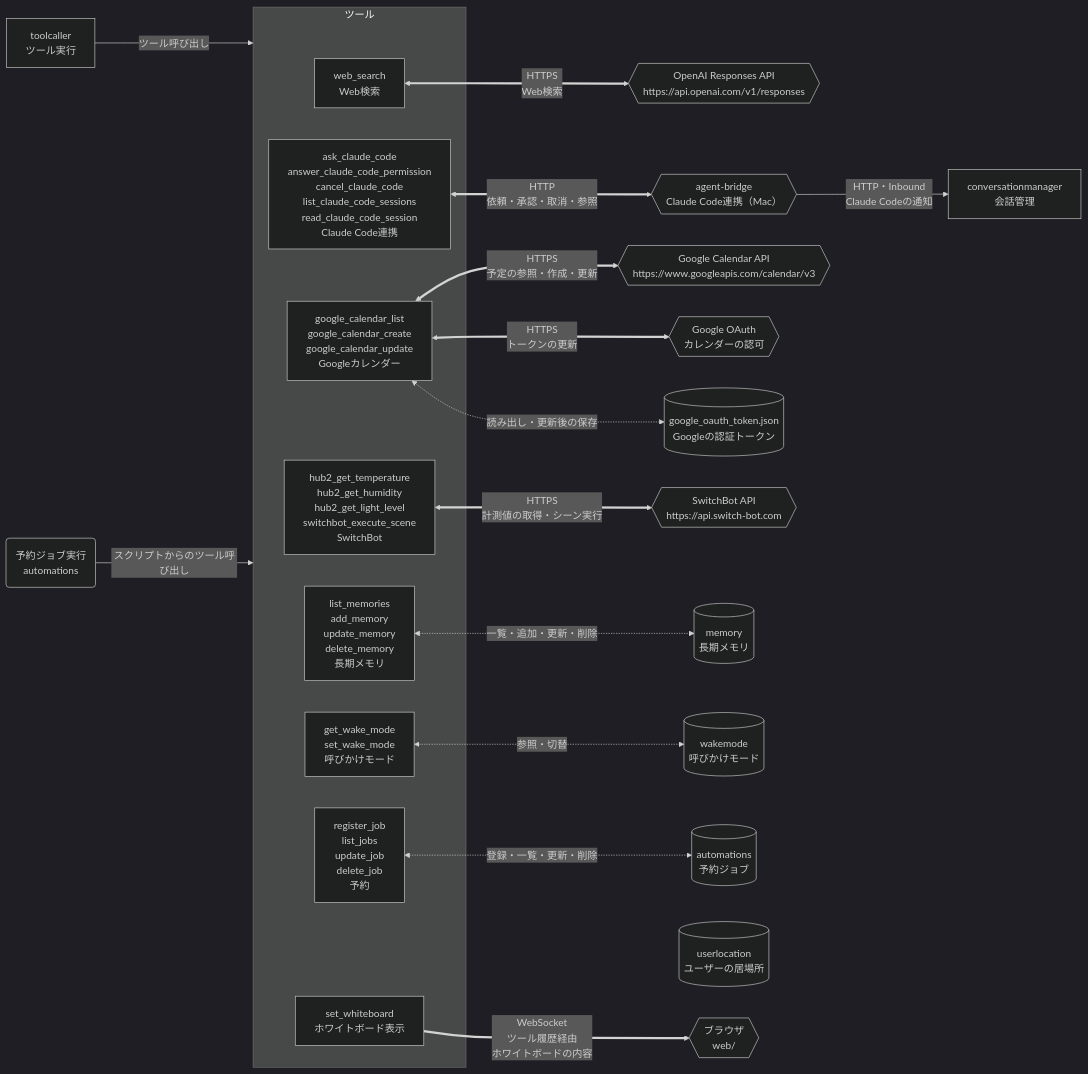
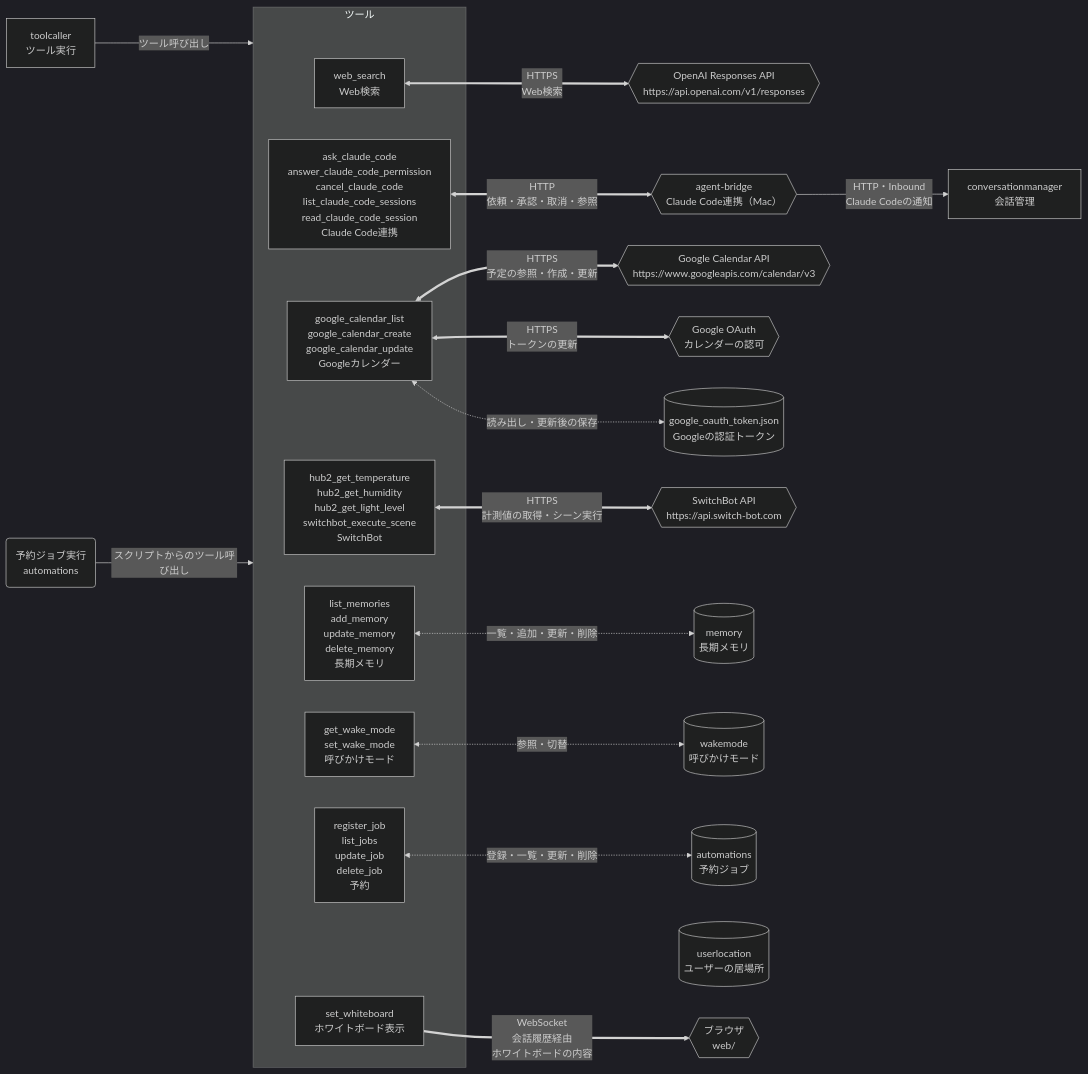
One commit to tetetratra/smart-speaker changed the third of 3 diagrams in README.md. Above: the diagram before and after it, drawn with Mermaid (dark theme). The commit also changed other lines of this file and 31 other files, not shown here.

````diff
--- a/README.md
+++ b/README.md
@@ -160,47 +156,47 @@
 ```mermaid
 flowchart LR
     tool["toolcaller<br/>ツール実行"]
     scheduler("予約ジョブ実行<br/>automations")
     manager["conversationmanager<br/>会話管理"]
 
     subgraph toolset["ツール"]
         webSearchTool["web_search<br/>Web検索"]
         claudeCodeTool["ask_claude_code<br/>answer_claude_code_permission<br/>cancel_claude_code<br/>list_claude_code_sessions<br/>read_claude_code_session<br/>Claude Code連携"]
         calendarTool["google_calendar_list<br/>google_calendar_create<br/>google_calendar_update<br/>Googleカレンダー"]
         switchBotTool["hub2_get_temperature<br/>hub2_get_humidity<br/>hub2_get_light_level<br/>switchbot_execute_scene<br/>SwitchBot"]
         memoryTool["list_memories<br/>add_memory<br/>update_memory<br/>delete_memory<br/>長期メモリ"]
         wakeModeTool["get_wake_mode<br/>set_wake_mode<br/>呼びかけモード"]
         automationTool["register_job<br/>list_jobs<br/>update_job<br/>delete_job<br/>予約"]
         whiteboardTool["set_whiteboard<br/>ホワイトボード表示"]
     end
 
 
     openaiResponses{{"OpenAI Responses API<br/>https://api.openai.com/v1/responses"}}
     agentBridge{{"agent-bridge<br/>Claude Code連携（Mac）"}}
     googleCalendar{{"Google Calendar API<br/>https://www.googleapis.com/calendar/v3"}}
     googleOAuth{{"Google OAuth<br/>カレンダーの認可"}}
     googleTokenStore[("google_oauth_token.json<br/>Googleの認証トークン")]
     switchBot{{"SwitchBot API<br/>https://api.switch-bot.com"}}
     memoryStore[("memory<br/>長期メモリ")]
     wakeModeStore[("wakemode<br/>呼びかけモード")]
     automationStore[("automations<br/>予約ジョブ")]
     locationStore[("userlocation<br/>ユーザーの居場所")]
     browser{{"ブラウザ<br/>web/"}}
 
     tool -->|"ツール呼び出し"| toolset
     scheduler -->|"スクリプトからのツール呼び出し"| toolset
 
     webSearchTool <==>|"HTTPS<br/>Web検索"| openaiResponses
     claudeCodeTool <==>|"HTTP<br/>依頼・承認・取消・参照"| agentBridge
     agentBridge -->|"HTTP・Inbound<br/>Claude Codeの通知"| manager
     calendarTool <==>|"HTTPS<br/>予定の参照・作成・更新"| googleCalendar
     calendarTool <-.->|"読み出し・更新後の保存"| googleTokenStore
     calendarTool <==>|"HTTPS<br/>トークンの更新"| googleOAuth
     switchBotTool <==>|"HTTPS<br/>計測値の取得・シーン実行"| switchBot
     memoryTool <-.->|"一覧・追加・更新・削除"| memoryStore
     wakeModeTool <-.->|"参照・切替"| wakeModeStore
     automationTool <-.->|"登録・一覧・更新・削除"| automationStore
     %% 居場所はツールにする予定で、まだどこからも使われていない。位置だけをそろえる見えない線。
     whiteboardTool ~~~ locationStore
-    whiteboardTool ==>|"WebSocket<br/>ツール履歴経由<br/>ホワイトボードの内容"| browser
+    whiteboardTool ==>|"WebSocket<br/>会話履歴経由<br/>ホワイトボードの内容"| browser
 ```
````
